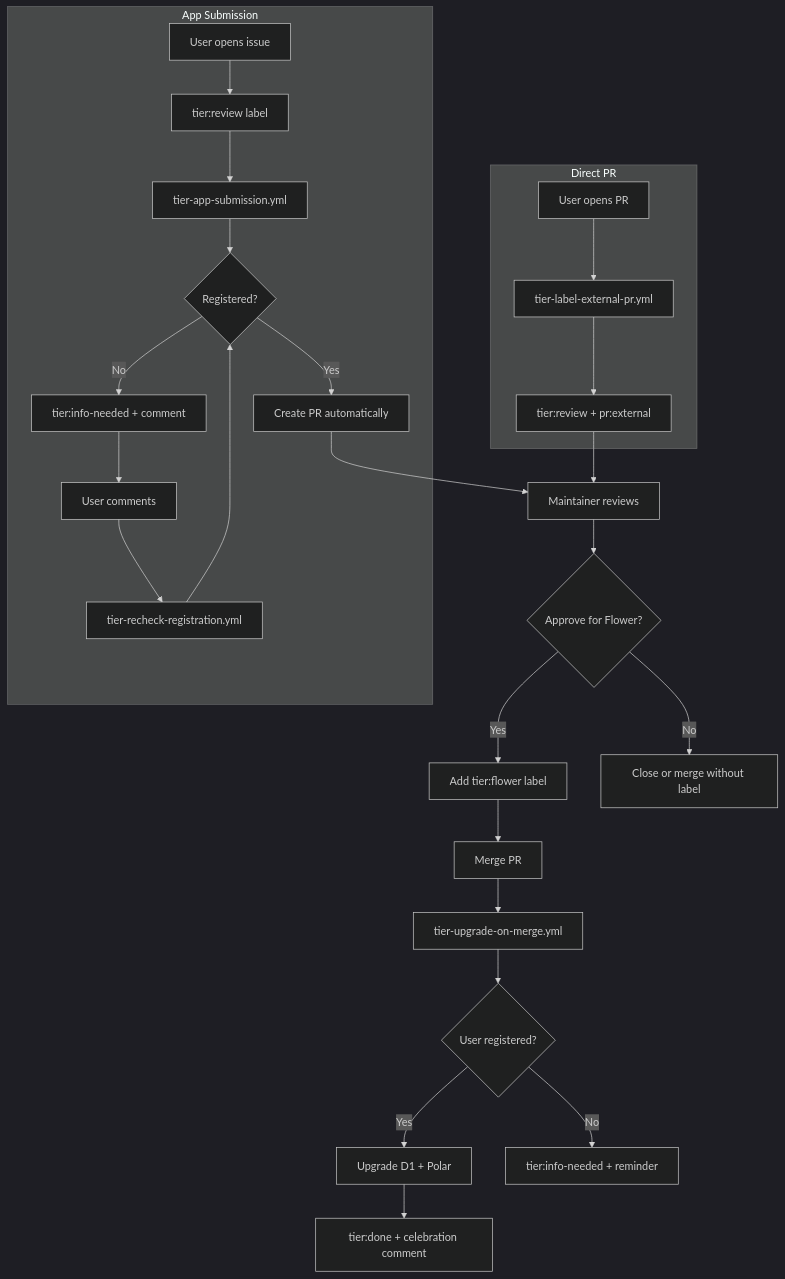
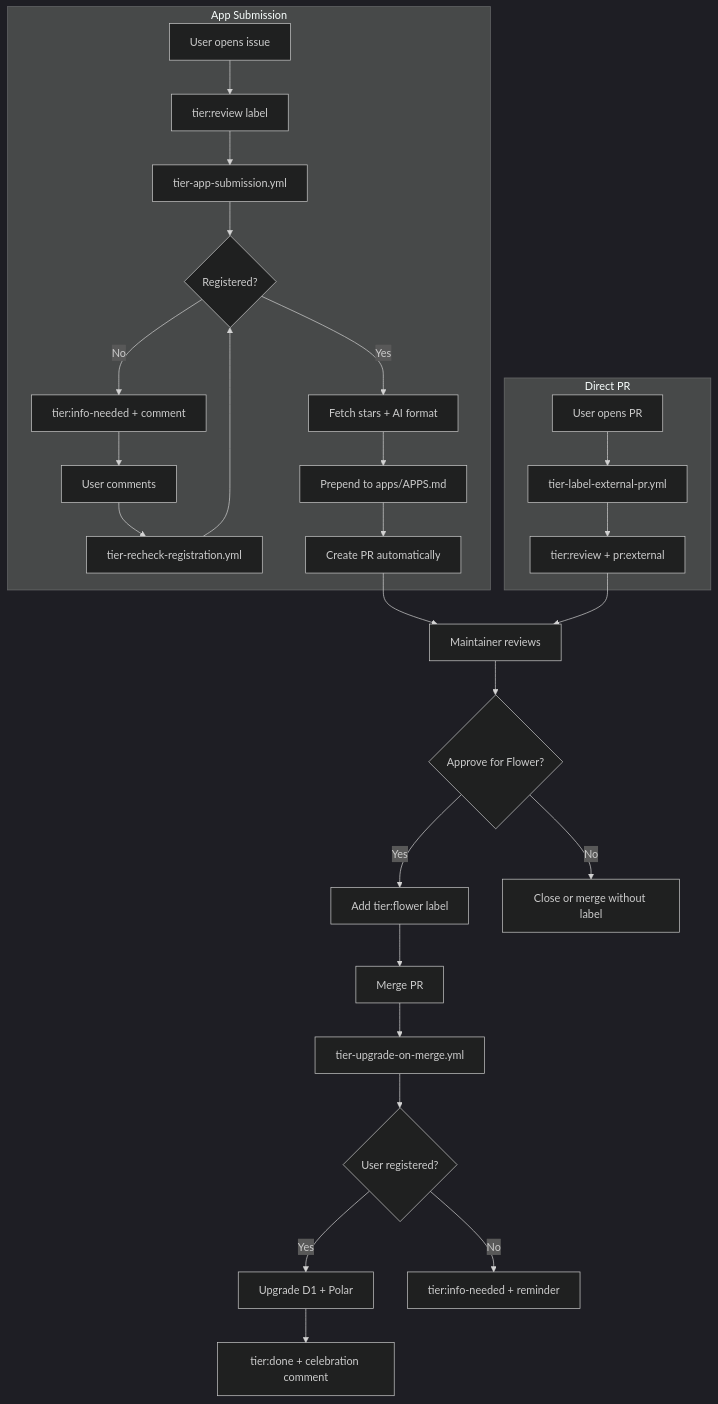
Before and after one commit to pollinations/pollinations: the ninth of 9 diagrams in .github/workflows/README.md, drawn with Mermaid. The commit also changed other lines of this file and 27 other files, not shown here.

````diff
--- a/.github/workflows/README.md
+++ b/.github/workflows/README.md
@@ -265,33 +268,35 @@
 ```mermaid
 %%{init: {'theme': 'dark'}}%%
 flowchart TD
     subgraph APP["App Submission"]
         A1[User opens issue] --> A2[tier:review label]
         A2 --> A3[tier-app-submission.yml]
         A3 --> A4{Registered?}
         A4 -->|No| A5[tier:info-needed + comment]
         A5 --> A6[User comments]
         A6 --> A7[tier-recheck-registration.yml]
         A7 --> A4
-        A4 -->|Yes| A8[Create PR automatically]
+        A4 -->|Yes| A8[Fetch stars + AI format]
+        A8 --> A9[Prepend to apps/APPS.md]
+        A9 --> A10[Create PR automatically]
     end
 
     subgraph PR["Direct PR"]
         B1[User opens PR] --> B2[tier-label-external-pr.yml]
         B2 --> B3[tier:review + pr:external]
     end
 
-    A8 --> C[Maintainer reviews]
+    A10 --> C[Maintainer reviews]
     B3 --> C
 
     C --> D{Approve for Flower?}
     D -->|Yes| E[Add tier:flower label]
     D -->|No| F[Close or merge without label]
 
     E --> G[Merge PR]
     G --> H[tier-upgrade-on-merge.yml]
     H --> I{User registered?}
     I -->|Yes| J[Upgrade D1 + Polar]
     J --> K[tier:done + celebration comment]
     I -->|No| L[tier:info-needed + reminder]
 ```
````
